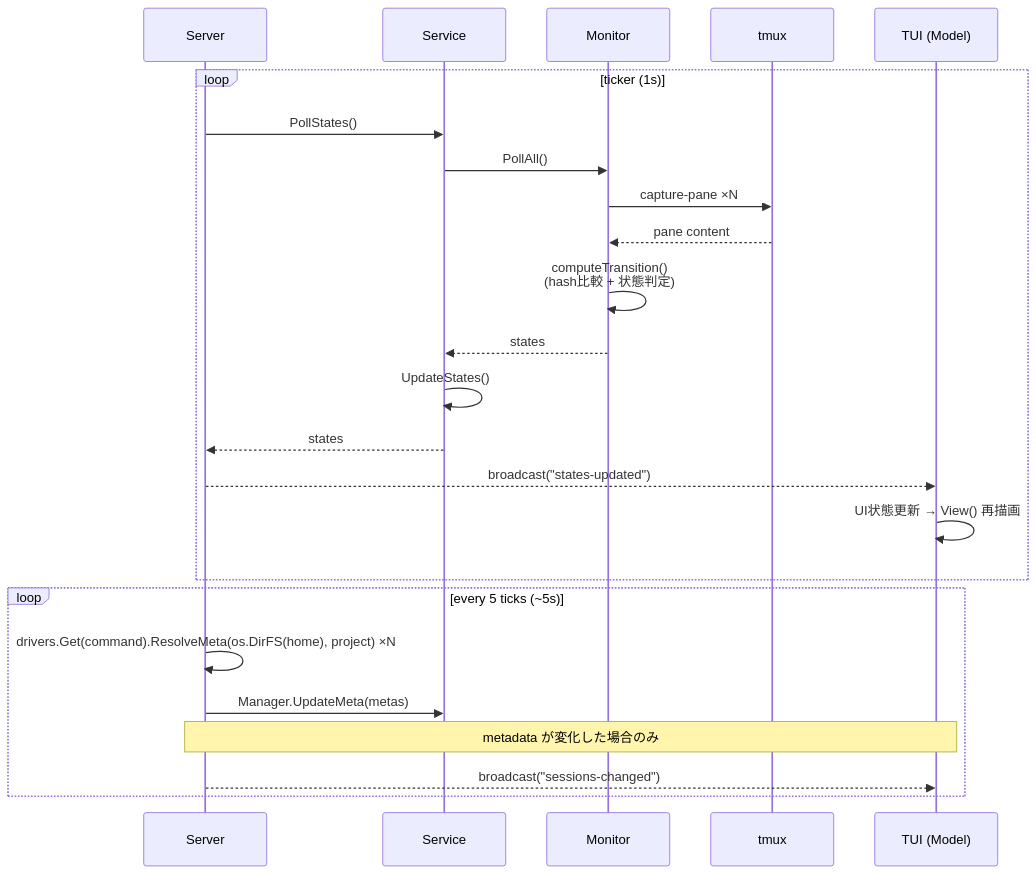
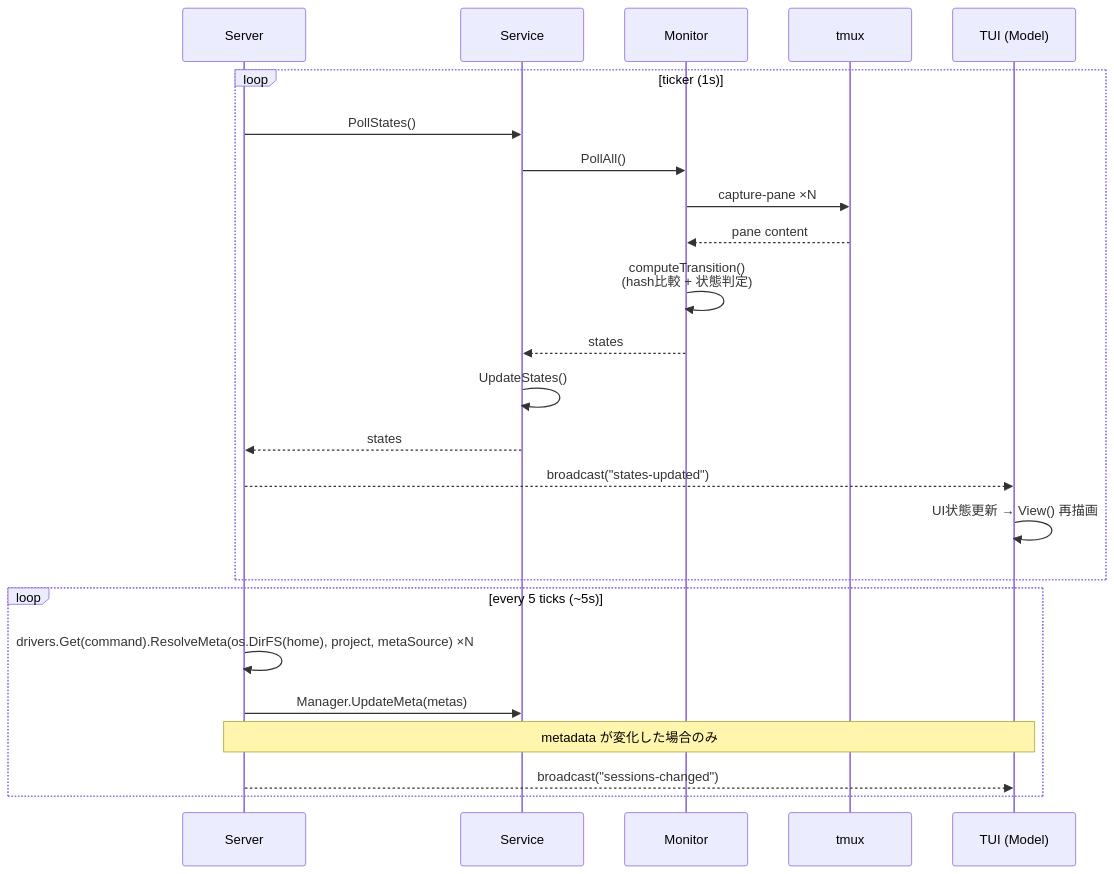
Before and after one commit to takezoh/agent-roost: the fourth of 5 diagrams in ARCHITECTURE.md, drawn with Mermaid. The commit also changed other lines of this file and 22 other files, not shown here.

````diff
--- a/ARCHITECTURE.md
+++ b/ARCHITECTURE.md
@@ -409,28 +413,28 @@
 ```mermaid
 sequenceDiagram
     participant S as Server
     participant Svc as Service
     participant Mon as Monitor
     participant T as tmux
     participant M as TUI (Model)
 
     loop ticker (1s)
         S->>Svc: PollStates()
         Svc->>Mon: PollAll()
         Mon->>T: capture-pane ×N
         T-->>Mon: pane content
         Mon->>Mon: computeTransition()<br/>(hash比較 + 状態判定)
         Mon-->>Svc: states
         Svc->>Svc: UpdateStates()
         Svc-->>S: states
         S-->>M: broadcast("states-updated")
         M->>M: UI状態更新 → View() 再描画
     end
 
     loop every 5 ticks (~5s)
-        S->>S: drivers.Get(command).ResolveMeta(os.DirFS(home), project) ×N
+        S->>S: drivers.Get(command).ResolveMeta(os.DirFS(home), project, metaSource) ×N
         S->>Svc: Manager.UpdateMeta(metas)
         Note over S,M: metadata が変化した場合のみ
         S-->>M: broadcast("sessions-changed")
     end
 ```
````
